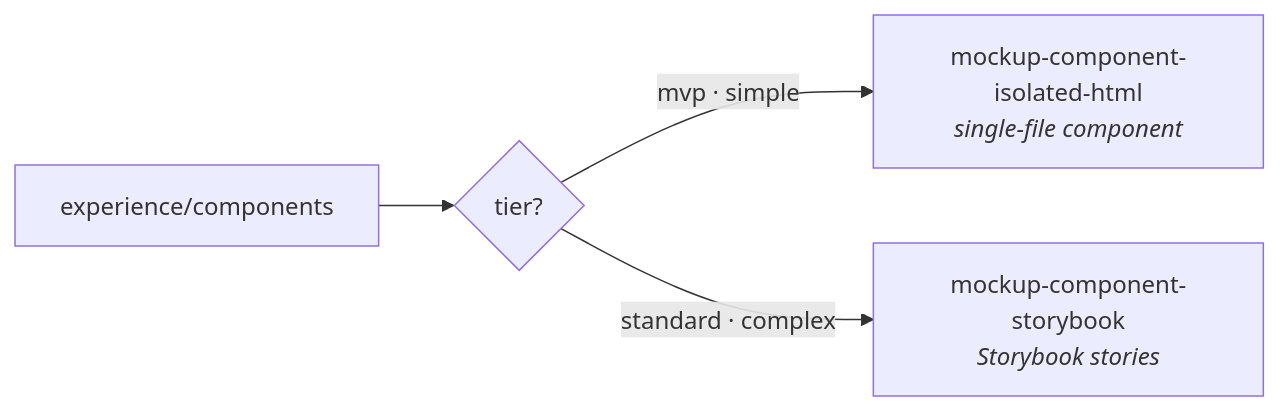
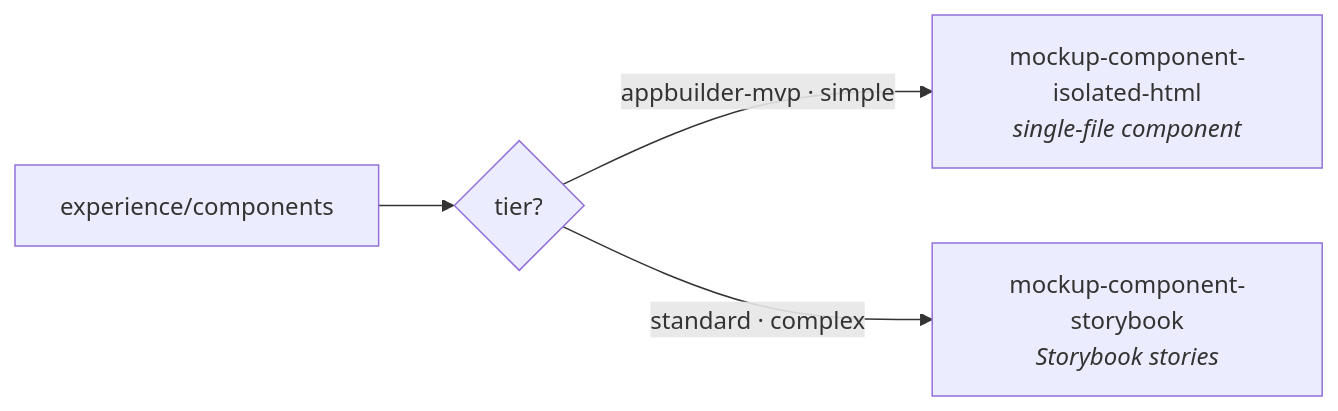
The third of 4 diagrams in docs/src/content/docs/intro/tiers.mdx (skaile-ai/ai-assets-skaileup), drawn with Mermaid before and after one commit. The commit also changed other lines of this file and 111 other files, not shown here.

First line of the commit message:
feat(flows): add impl-only flows + rename tiers to appbuilder-*

````diff
--- a/docs/src/content/docs/intro/tiers.mdx
+++ b/docs/src/content/docs/intro/tiers.mdx
@@ -147,6 +147,6 @@
 ```mermaid
 flowchart LR
   screens[experience/components] --> pick{tier?}
-  pick -->|mvp · simple| iso["mockup-component-isolated-html<br/><i>single-file component</i>"]
+  pick -->|appbuilder-mvp · simple| iso["mockup-component-isolated-html<br/><i>single-file component</i>"]
   pick -->|standard · complex| sb["mockup-component-storybook<br/><i>Storybook stories</i>"]
 ```
````
